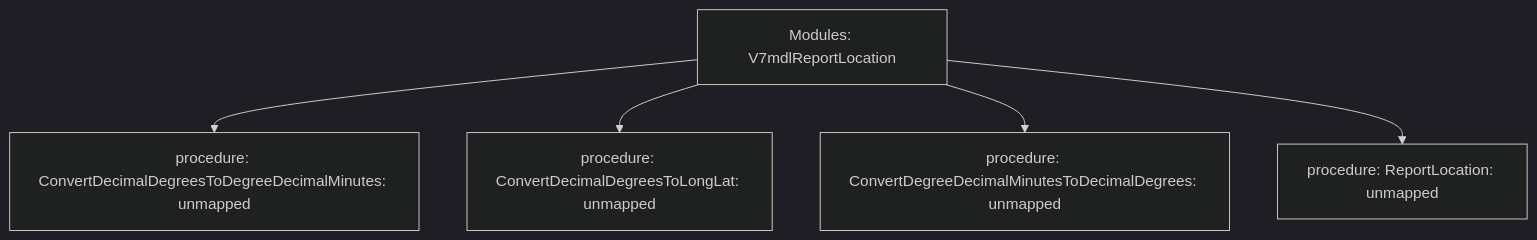
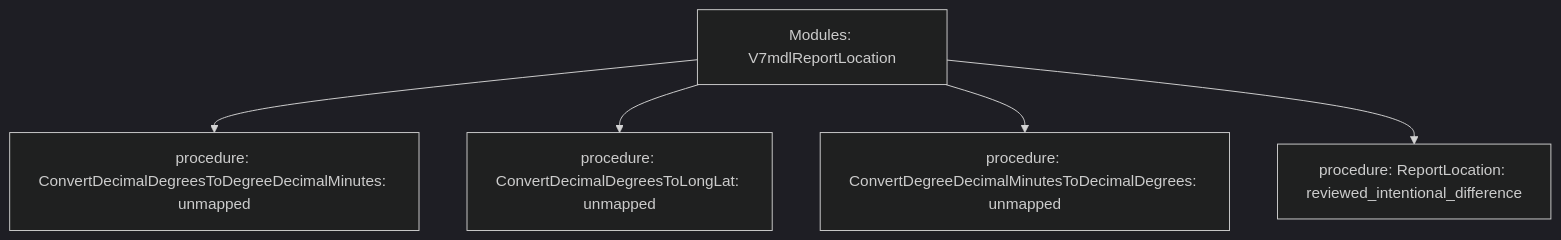
The diagram in data-raw/parity/generated/trees/modules-v7mdlreportlocation.mmd (Boostao/vpro), drawn with Mermaid (dark theme) before and after one commit. The commit also changed 38 other files, not shown here.

```diff
--- a/data-raw/parity/generated/trees/modules-v7mdlreportlocation.mmd
+++ b/data-raw/parity/generated/trees/modules-v7mdlreportlocation.mmd
@@ -1,6 +1,6 @@
 flowchart TD
   root[Modules: V7mdlReportLocation]
   root --> n1[procedure: ConvertDecimalDegreesToDegreeDecimalMinutes: unmapped]
   root --> n2[procedure: ConvertDecimalDegreesToLongLat: unmapped]
   root --> n3[procedure: ConvertDegreeDecimalMinutesToDecimalDegrees: unmapped]
-  root --> n4[procedure: ReportLocation: unmapped]
+  root --> n4[procedure: ReportLocation: reviewed_intentional_difference]
```
